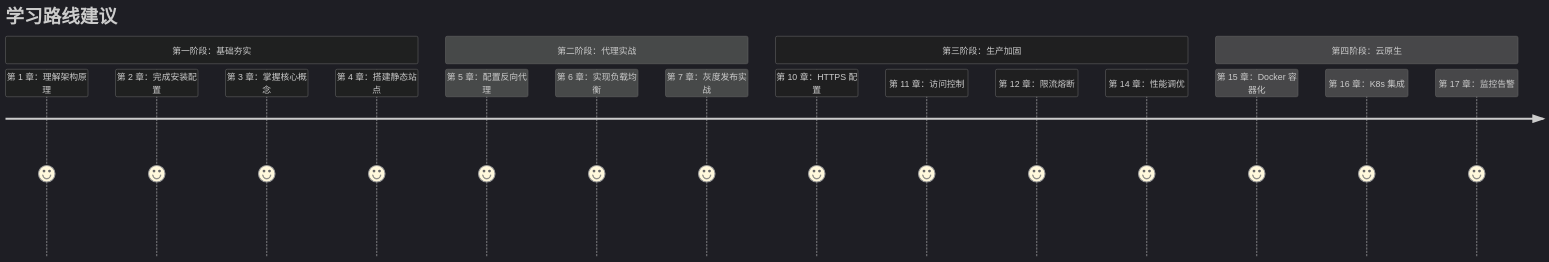
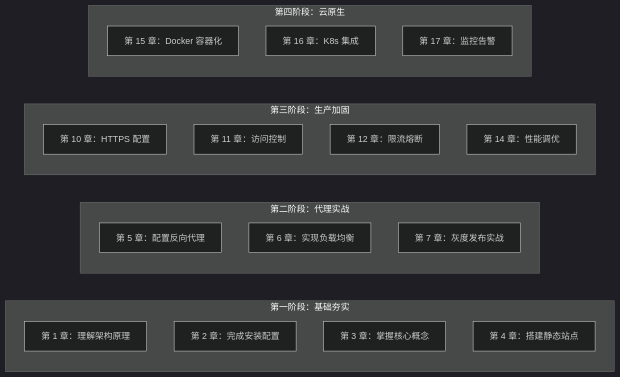
Before and after one commit to CoderLambert/nginx-handbook-docs: the second of 2 diagrams in docs/README.md, drawn with Mermaid (dark theme). The commit also changed 3 other files, not shown here.

First line of the commit message:
docs: 创建 Mermaid 语法约束规范并修复兼容性问题

````diff
--- a/docs/README.md
+++ b/docs/README.md
@@ -141,22 +141,28 @@
 ```mermaid
-journey
-    title 学习路线建议
-    section 第一阶段：基础夯实
-      第 1 章：理解架构原理: 5
-      第 2 章：完成安装配置: 5
-      第 3 章：掌握核心概念: 5
-      第 4 章：搭建静态站点: 5
-    section 第二阶段：代理实战
-      第 5 章：配置反向代理: 5
-      第 6 章：实现负载均衡: 5
-      第 7 章：灰度发布实战: 5
-    section 第三阶段：生产加固
-      第 10 章：HTTPS 配置: 5
-      第 11 章：访问控制: 5
-      第 12 章：限流熔断: 5
-      第 14 章：性能调优: 5
-    section 第四阶段：云原生
-      第 15 章：Docker 容器化: 5
-      第 16 章：K8s 集成: 5
-      第 17 章：监控告警: 5
+flowchart LR
+    subgraph S1["第一阶段：基础夯实"]
+        A1["第 1 章：理解架构原理"]
+        A2["第 2 章：完成安装配置"]
+        A3["第 3 章：掌握核心概念"]
+        A4["第 4 章：搭建静态站点"]
+    end
+
+    subgraph S2["第二阶段：代理实战"]
+        B1["第 5 章：配置反向代理"]
+        B2["第 6 章：实现负载均衡"]
+        B3["第 7 章：灰度发布实战"]
+    end
+
+    subgraph S3["第三阶段：生产加固"]
+        C1["第 10 章：HTTPS 配置"]
+        C2["第 11 章：访问控制"]
+        C3["第 12 章：限流熔断"]
+        C4["第 14 章：性能调优"]
+    end
+
+    subgraph S4["第四阶段：云原生"]
+        D1["第 15 章：Docker 容器化"]
+        D2["第 16 章：K8s 集成"]
+        D3["第 17 章：监控告警"]
+    end
 ```
````
